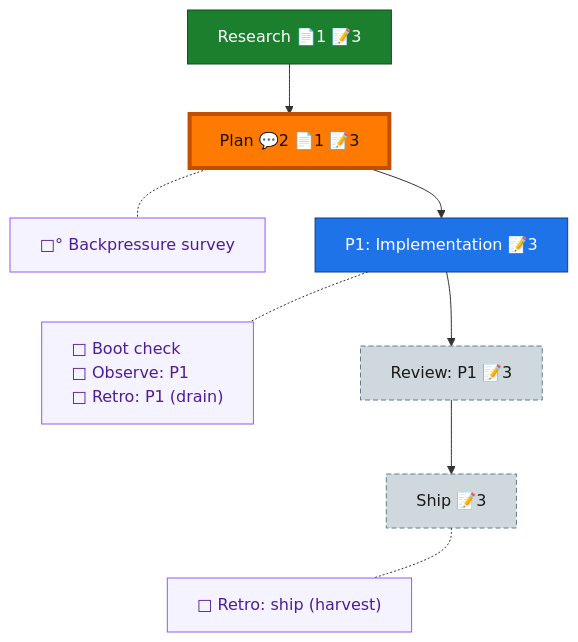
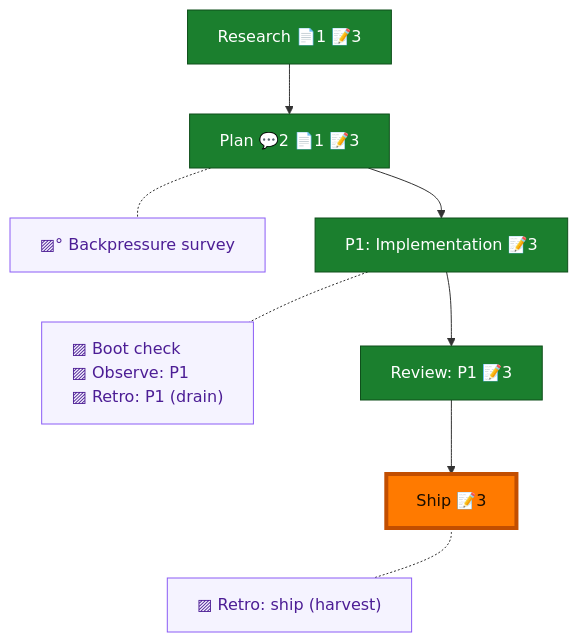
One commit to vaughanknight/pij changed the diagram in docs/plans/031-pij-telemetry-join-keys/the-flow.md. Above: the diagram before and after it, drawn with Mermaid. The commit also changed other lines of this file and 1 other file, not shown here.

Commit message:
chore(031): close out the-flow flight plan — telemetry join-keys shipped
Advance plan 031's flight plan to complete: phase-1/review-1/ship marked done
(implemented + cross-model reviewed via flow-pair, shipped in 525e652), the 5
unrun harness-loop chores marked skipped, nav → ship / status complete / mode Simple.

````diff
--- a/docs/plans/031-pij-telemetry-join-keys/the-flow.md
+++ b/docs/plans/031-pij-telemetry-join-keys/the-flow.md
@@ -8,29 +8,27 @@
 ```mermaid
 flowchart TD
     research["Research 📄1 📝3"]:::done
     plan["Plan 💬2 📄1 📝3"]:::done
-    phase_1["P1: Implementation 📝3"]:::known
-    review_1["Review: P1 📝3"]:::assumed
-    ship["Ship 📝3"]:::assumed
+    phase_1["P1: Implementation 📝3"]:::done
+    review_1["Review: P1 📝3"]:::done
+    ship["Ship 📝3"]:::done
 
     research --> plan --> phase_1 --> review_1 --> ship
 
-    planC["□° Backpressure survey"]:::chore
-    phase_1C["□ Boot check<br/>□ Observe: P1<br/>□ Retro: P1 (drain)"]:::chore
-    shipC["□ Retro: ship (harvest)"]:::chore
+    planC["▨° Backpressure survey"]:::chore
+    phase_1C["▨ Boot check<br/>▨ Observe: P1<br/>▨ Retro: P1 (drain)"]:::chore
+    shipC["▨ Retro: ship (harvest)"]:::chore
 
     %% invisible chain holds the gutter boxes in their own column
     planC ~~~ phase_1C ~~~ shipC
 
     %% dotted links pull each gutter box beside its node
     plan -.- planC
     phase_1 -.- phase_1C
     ship -.- shipC
 
     classDef done fill:#1B7F2E,stroke:#0F4F1B,color:#fff;
-    classDef known fill:#1E73E8,stroke:#0D3F86,color:#fff;
-    classDef assumed fill:#CFD8DC,stroke:#607D8B,color:#1a1a1a,stroke-dasharray:5 3;
     classDef chore fill:#f5f3ff,stroke:#8b5cf6,color:#4c1d95,text-align:left;
     classDef current fill:#FF7A00,stroke:#C24E00,color:#1a0e00,stroke-width:4px;
-    class plan current;
+    class ship current;
 ```
````
